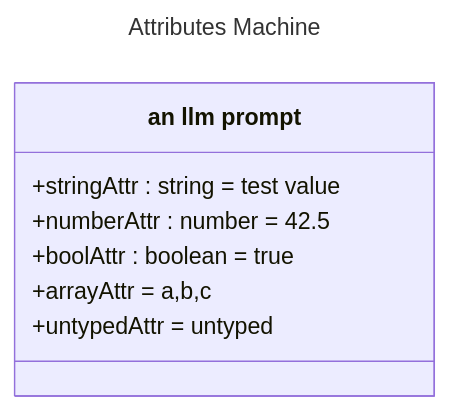
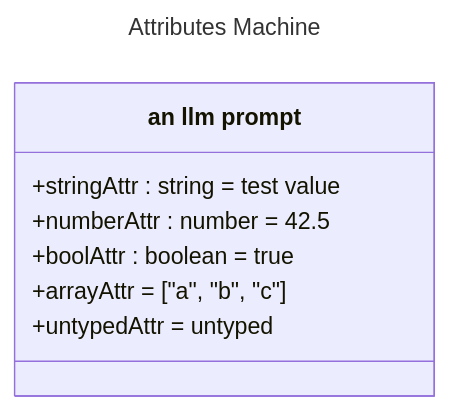
Before and after one commit to christopherdebeer/machine: the diagram in test-output/generative/basic_attributes.md, drawn with Mermaid. The commit also changed other lines of this file and 29 other files, not shown here.

````diff
--- a/test-output/generative/basic_attributes.md
+++ b/test-output/generative/basic_attributes.md
@@ -17,21 +17,21 @@
 ```mermaid
 ---
 "title": "Attributes Machine"
 config:
     class:
         hideEmptyMembersBox: true
 ---
 classDiagram-v2
     class node1["an llm prompt"] {
     
     +stringAttr : string = test value
 +numberAttr : number = 42.5
 +boolAttr : boolean = true
-+arrayAttr = a,b,c
++arrayAttr = ["a", "b", "c"]
 +untypedAttr = untyped
   }
-  undefined
+  
   
   
 
 ```
````
